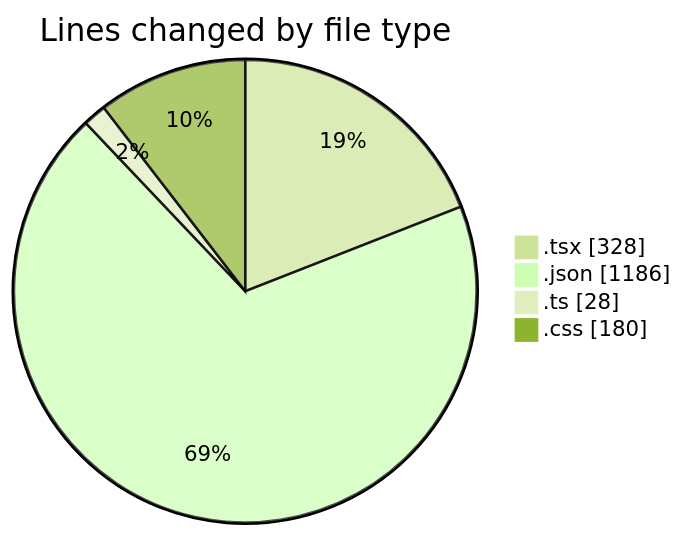
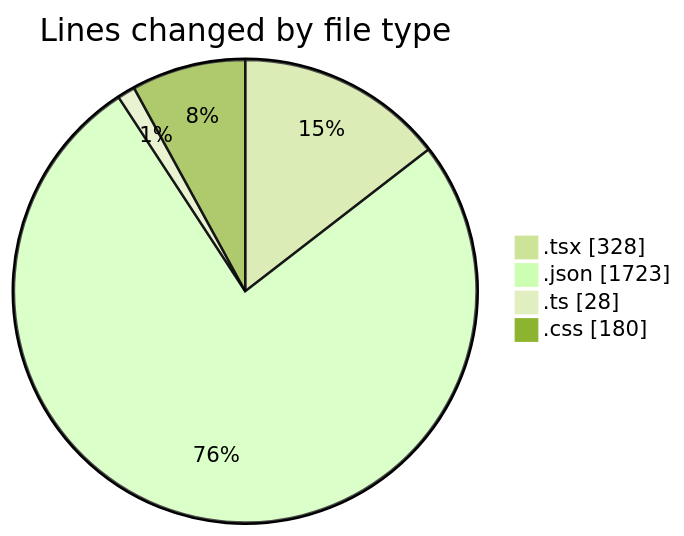
Before and after one commit to EIIisD/code-tracking: the first of 2 diagrams in 2025-08-04/tw-server/README.md, drawn with Mermaid (forest theme). The commit also changed other lines of this file and 1 other file, not shown here.

````diff
--- a/2025-08-04/tw-server/README.md
+++ b/2025-08-04/tw-server/README.md
@@ -26,8 +26,8 @@
 ```mermaid
 pie showData
 title Lines changed by file type
 ".tsx" : 328
-".json" : 1186
+".json" : 1723
 ".ts" : 28
 ".css" : 180
 ```
````
